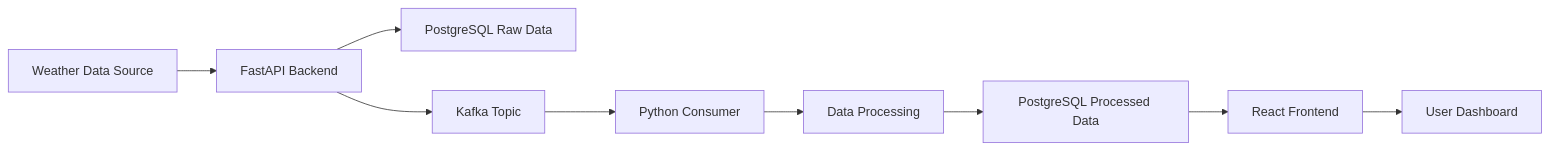
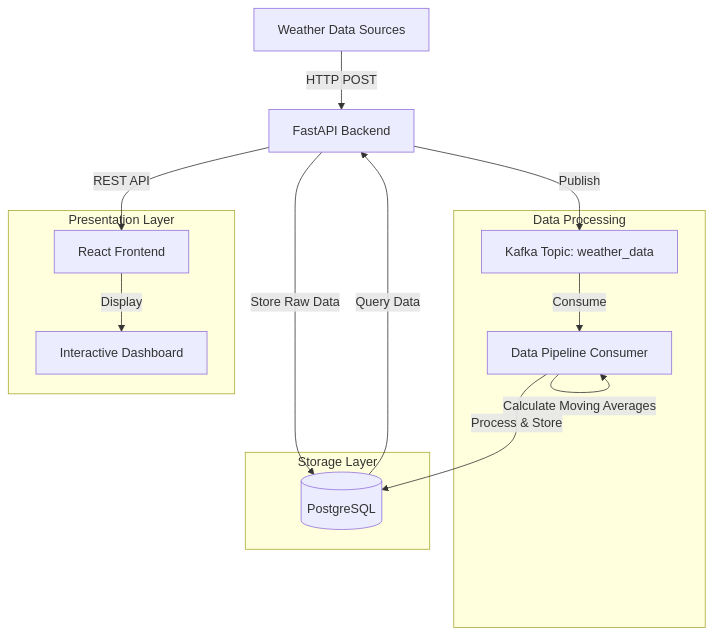
One commit to siddharthsaminathan/Swedish-Weather-API-and-Dashbaord changed the diagram in ARCHITECTURE.md. Above: the diagram before and after it, drawn with Mermaid. The commit also changed other lines of this file and 8 other files, not shown here.

First line of the commit message:
feat: Implement data pipeline and architecture updates

````diff
--- a/ARCHITECTURE.md
+++ b/ARCHITECTURE.md
@@ -124,11 +9,26 @@
 ```mermaid
-graph LR
-    A[Weather Data Source] --> B[FastAPI Backend]
-    B --> C[PostgreSQL Raw Data]
-    B --> D[Kafka Topic]
-    D --> E[Python Consumer]
-    E --> F[Data Processing]
-    F --> G[PostgreSQL Processed Data]
-    G --> H[React Frontend]
-    H --> I[User Dashboard]
+graph TD
+    A[Weather Data Sources] -->|HTTP POST| B[FastAPI Backend]
+    B -->|Store Raw Data| C[(PostgreSQL)]
+    B -->|Publish| D[Kafka Topic: weather_data]
+    D -->|Consume| E[Data Pipeline Consumer]
+    E -->|Process & Store| C
+    E -->|Calculate Moving Averages| E
+    C -->|Query Data| B
+    B -->|REST API| F[React Frontend]
+    F -->|Display| G[Interactive Dashboard]
+    
+    subgraph Data Processing
+    D
+    E
+    end
+    
+    subgraph Storage Layer
+    C
+    end
+    
+    subgraph Presentation Layer
+    F
+    G
+    end
 ```
````
